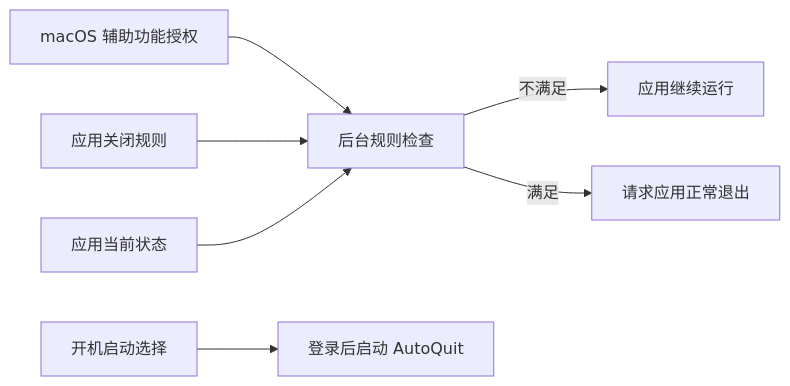
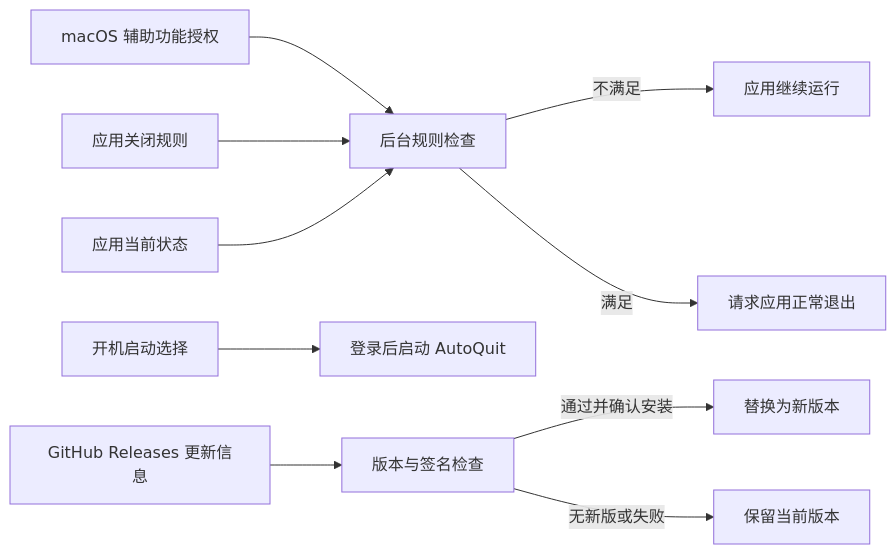
One commit to AFutureD/AutoQuit changed the diagram in docs/feat/data-flows.md. Above: the diagram before and after it, drawn with Mermaid. The commit also changed other lines of this file and 14 other files, not shown here.

````diff
--- a/docs/feat/data-flows.md
+++ b/docs/feat/data-flows.md
@@ -7,9 +7,12 @@
 ```mermaid
 flowchart LR
     A["macOS 辅助功能授权"] --> D["后台规则检查"]
     B["应用关闭规则"] --> D
     C["应用当前状态"] --> D
     D -->|"不满足"| E["应用继续运行"]
     D -->|"满足"| F["请求应用正常退出"]
     G["开机启动选择"] --> H["登录后启动 AutoQuit"]
+    I["GitHub Releases 更新信息"] --> J["版本与签名检查"]
+    J -->|"通过并确认安装"| K["替换为新版本"]
+    J -->|"无新版或失败"| L["保留当前版本"]
 ```
````
